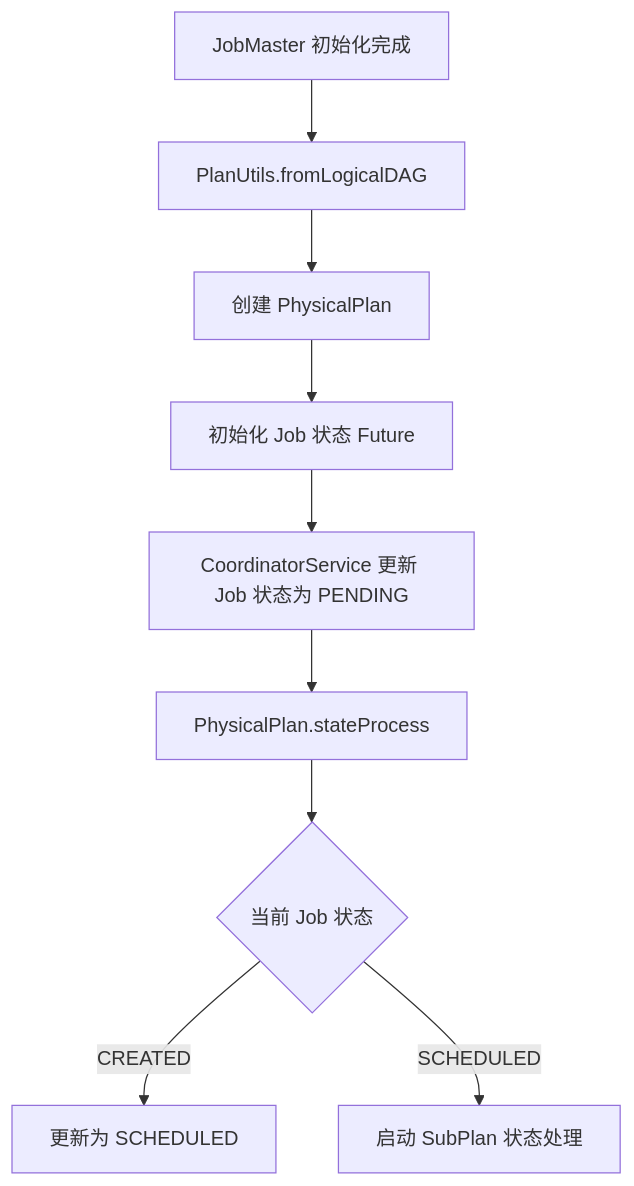
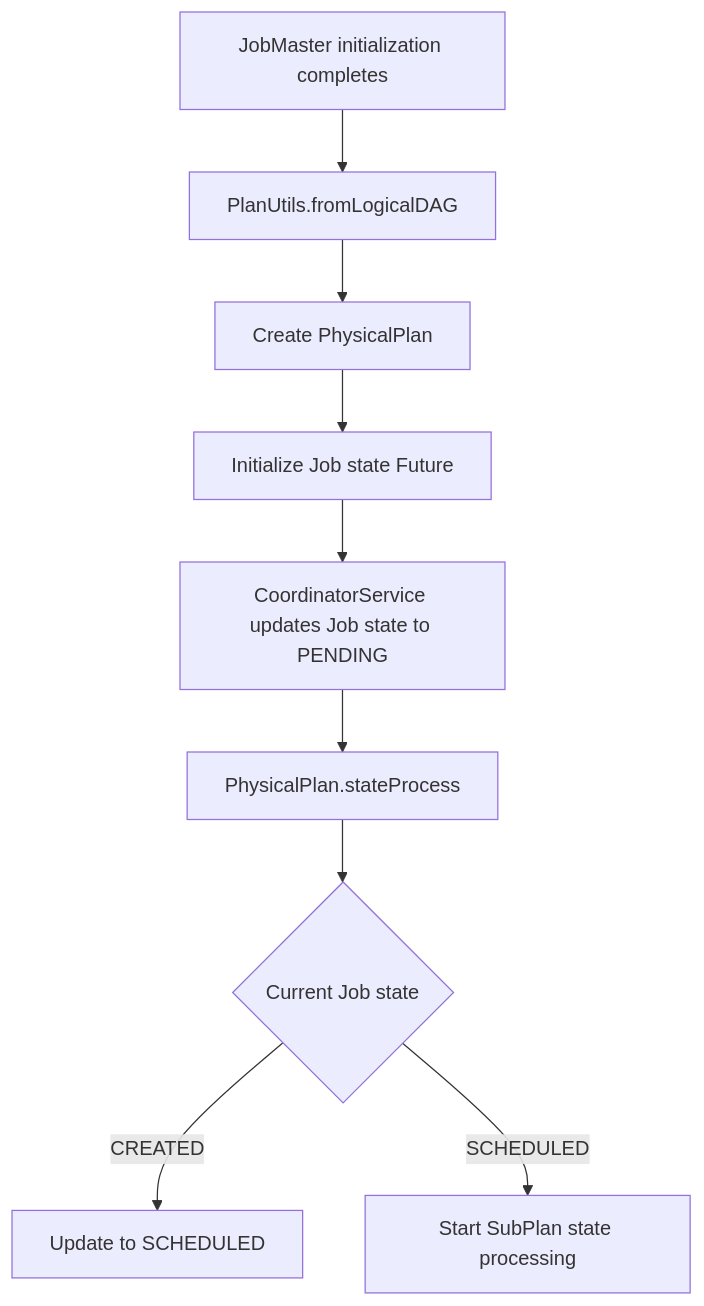
Before and after one commit to apache/seatunnel-website: the third of 7 diagrams in blog/2026-07-07-seatunnel-submit-job-flow.md, drawn with Mermaid. The commit also changed other lines of this file and 1 other file, not shown here.

Commit message:
[Blog] Add English translation for job submission flow

````diff
--- a/blog/2026-07-07-seatunnel-submit-job-flow.md
+++ b/blog/2026-07-07-seatunnel-submit-job-flow.md
@@ -122,11 +122,11 @@
 ```mermaid
 flowchart TD
-    A[JobMaster 初始化完成] --> B[PlanUtils.fromLogicalDAG]
-    B --> C[创建 PhysicalPlan]
-    C --> D[初始化 Job 状态 Future]
-    D --> E[CoordinatorService 更新 Job 状态为 PENDING]
+    A[JobMaster initialization completes] --> B[PlanUtils.fromLogicalDAG]
+    B --> C[Create PhysicalPlan]
+    C --> D[Initialize Job state Future]
+    D --> E[CoordinatorService updates Job state to PENDING]
     E --> F[PhysicalPlan.stateProcess]
-    F --> G{当前 Job 状态}
-    G -- CREATED --> H[更新为 SCHEDULED]
-    G -- SCHEDULED --> I[启动 SubPlan 状态处理]
+    F --> G{Current Job state}
+    G -- CREATED --> H[Update to SCHEDULED]
+    G -- SCHEDULED --> I[Start SubPlan state processing]
 ```
````
